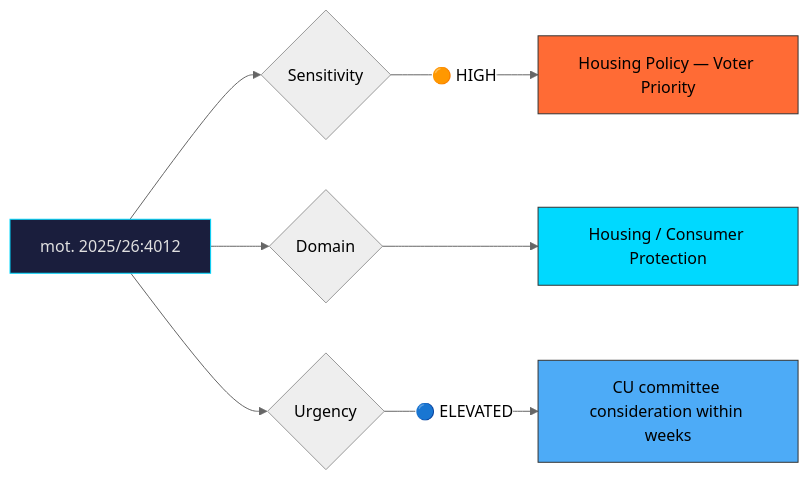
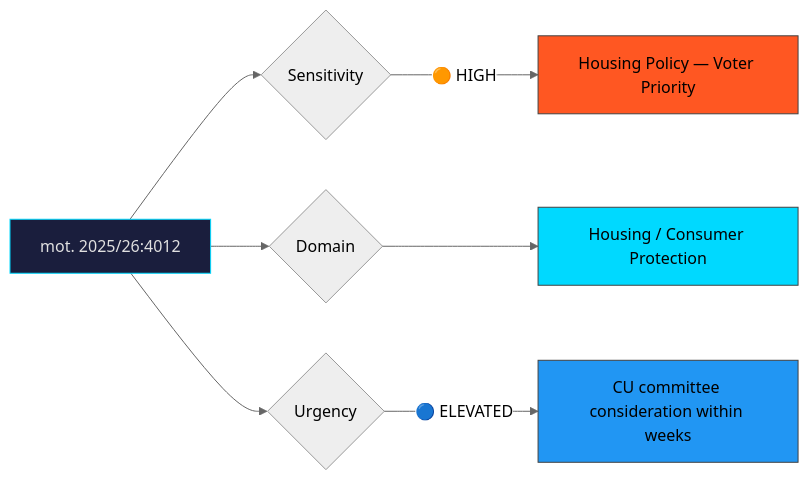
One commit to Hack23/riksdagsmonitor changed the diagram in analysis/daily/2026-04-10/motions/documents/hd024012-analysis.md. Above: the diagram before and after it, drawn with Mermaid (neutral theme). The commit also changed 785 other files, not shown here.

First line of the commit message:
Normalize mermaid colors across 786 analysis artifacts to ISMS Style Guide palette

````diff
--- a/analysis/daily/2026-04-10/motions/documents/hd024012-analysis.md
+++ b/analysis/daily/2026-04-10/motions/documents/hd024012-analysis.md
@@ -22,13 +22,13 @@
 ```mermaid
 graph LR
     A["mot. 2025/26:4012"] --> B{Sensitivity}
     B -->|"🟠 HIGH"| C["Housing Policy — Voter Priority"]
     A --> D{Domain}
     D --> E["Housing / Consumer Protection"]
     A --> F{Urgency}
     F -->|"🔵 ELEVATED"| G["CU committee consideration within weeks"]
     style A fill:#1a1e3d,stroke:#00d9ff,color:#e0e0e0
-    style C fill:#ff6b35,stroke:#333,color:#000
-    style E fill:#00d9ff,stroke:#333,color:#000
-    style G fill:#4dabf7,stroke:#333,color:#000
+    style C fill:#FF5722,stroke:#424242,color:#000000
+    style E fill:#00d9ff,stroke:#424242,color:#000000
+    style G fill:#2196F3,stroke:#424242,color:#000000
 ```
````
